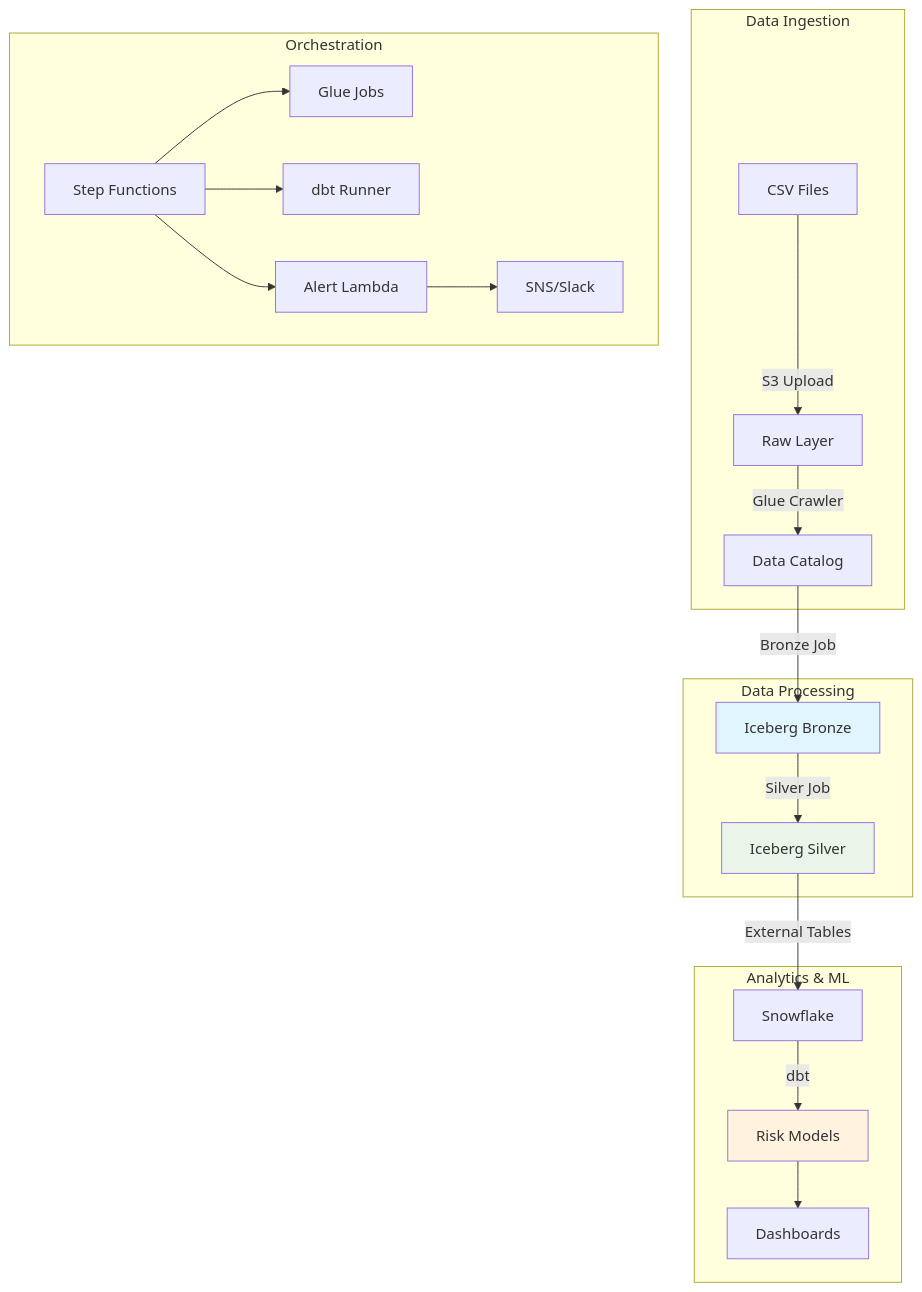
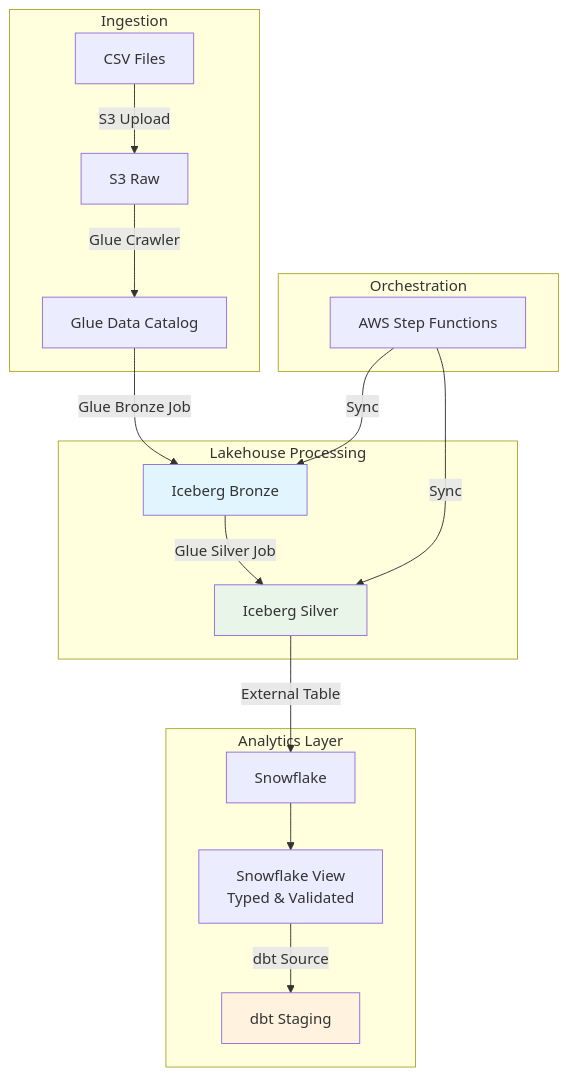
The diagram in readme.md (Paruhang-Angdembe/SkuSense), drawn with Mermaid before and after one commit. The commit also changed other lines of this file and 1 other file, not shown here.

Commit message:
infra: update snowflake integration configuration

````diff
--- a/readme.md
+++ b/readme.md
@@ -45,29 +63,28 @@
 ```mermaid
 flowchart TB
-    subgraph "Data Ingestion"
-        A[CSV Files] -->|S3 Upload| B[Raw Layer]
-        B -->|Glue Crawler| C[Data Catalog]
+    subgraph "Ingestion"
+        A[CSV Files] -->|S3 Upload| B[S3 Raw]
+        B -->|Glue Crawler| C[Glue Data Catalog]
     end
-    
-    subgraph "Data Processing"
-        C -->|Bronze Job| D[Iceberg Bronze]
-        D -->|Silver Job| E[Iceberg Silver]
+
+    subgraph "Lakehouse Processing"
+        C -->|Glue Bronze Job| D[Iceberg Bronze]
+        D -->|Glue Silver Job| E[Iceberg Silver]
     end
-    
-    subgraph "Analytics & ML"
-        E -->|External Tables| F[Snowflake]
-        F -->|dbt| G[Risk Models]
-        G --> H[Dashboards]
+
+    subgraph "Orchestration"
+        F[AWS Step Functions] -->|Sync| D
+        F -->|Sync| E
     end
-    
-    subgraph "Orchestration"
-        I[Step Functions] --> J[Glue Jobs]
-        I --> K[dbt Runner]
-        I --> L[Alert Lambda]
-        L --> M[SNS/Slack]
+
+    subgraph "Analytics Layer"
+        E -->|External Table| G[Snowflake]
+        G --> H[Snowflake View<br/>Typed & Validated]
+        H -->|dbt Source| I[dbt Staging]
     end
-    
+
     style D fill:#e1f5fe
     style E fill:#e8f5e8
-    style G fill:#fff3e0
+    style I fill:#fff3e0
+
 ```
````
